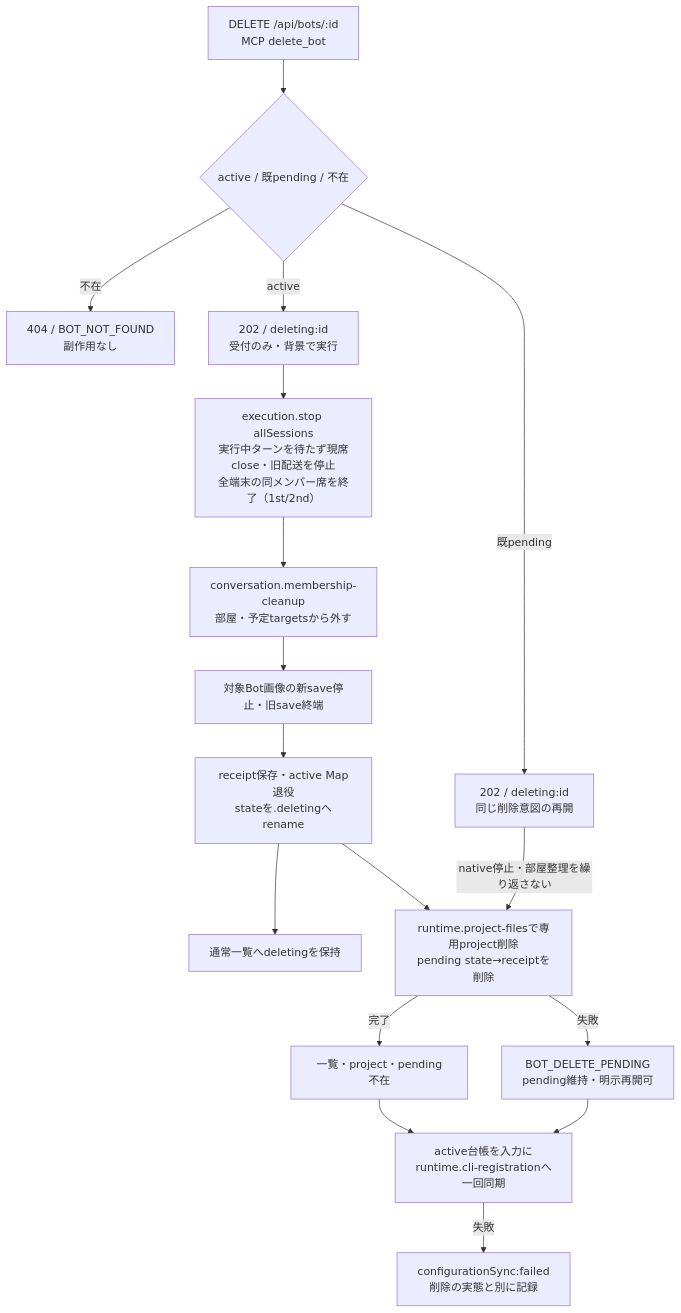
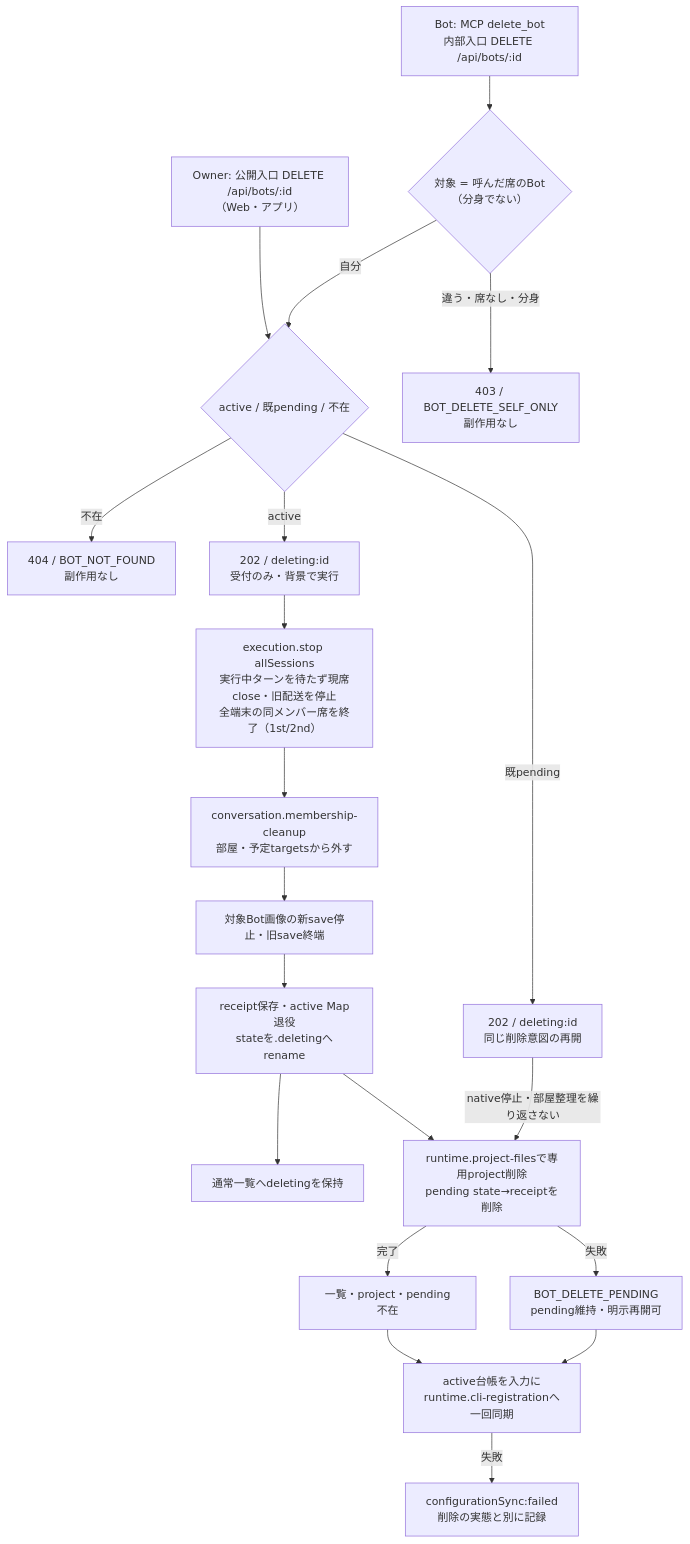
Before and after one commit to kitepon/BellTeam: the first of 2 diagrams in docs/architecture/modules/members/deletion.md, drawn with Mermaid. The commit also changed other lines of this file and 4 other files, not shown here.

First line of the commit message:
fix(members): delete_bot and internal DELETE delete only the calling Bot (audit M3)

````diff
--- a/docs/architecture/modules/members/deletion.md
+++ b/docs/architecture/modules/members/deletion.md
@@ -5,19 +5,22 @@
 ```mermaid
 flowchart TD
-  Input["DELETE /api/bots/:id<br/>MCP delete_bot"] --> Target{"active / 既pending / 不在"}
+  Owner["Owner: 公開入口 DELETE /api/bots/:id<br/>（Web・アプリ）"] --> Target{"active / 既pending / 不在"}
+  Bot["Bot: MCP delete_bot<br/>内部入口 DELETE /api/bots/:id"] --> Self{"対象 = 呼んだ席のBot<br/>（分身でない）"}
+  Self -->|"違う・席なし・分身"| Refused["403 / BOT_DELETE_SELF_ONLY<br/>副作用なし"]
+  Self -->|"自分"| Target
   Target -->|"不在"| Missing["404 / BOT_NOT_FOUND<br/>副作用なし"]
   Target -->|"active"| Accepted["202 / deleting:id<br/>受付のみ・背景で実行"]
   Target -->|"既pending"| Resume["202 / deleting:id<br/>同じ削除意図の再開"]
   Accepted --> Stop["execution.stop allSessions<br/>実行中ターンを待たず現席close・旧配送を停止<br/>全端末の同メンバー席を終了（1st/2nd）"]
   Stop --> Rooms["conversation.membership-cleanup<br/>部屋・予定targetsから外す"]
   Rooms --> Gate["対象Bot画像の新save停止・旧save終端"]
   Gate --> Record["receipt保存・active Map退役<br/>stateを.deletingへrename"]
   Record --> Listing["通常一覧へdeletingを保持"]
   Record --> Cleanup["runtime.project-filesで専用project削除<br/>pending state→receiptを削除"]
   Resume -->|"native停止・部屋整理を繰り返さない"| Cleanup
   Cleanup -->|"完了"| Absent["一覧・project・pending不在"]
   Cleanup -->|"失敗"| Pending["BOT_DELETE_PENDING<br/>pending維持・明示再開可"]
   Absent --> Sync["active台帳を入力に<br/>runtime.cli-registrationへ一回同期"]
   Pending --> Sync
   Sync -->|"失敗"| SyncError["configurationSync:failed<br/>削除の実態と別に記録"]
 ```
````
